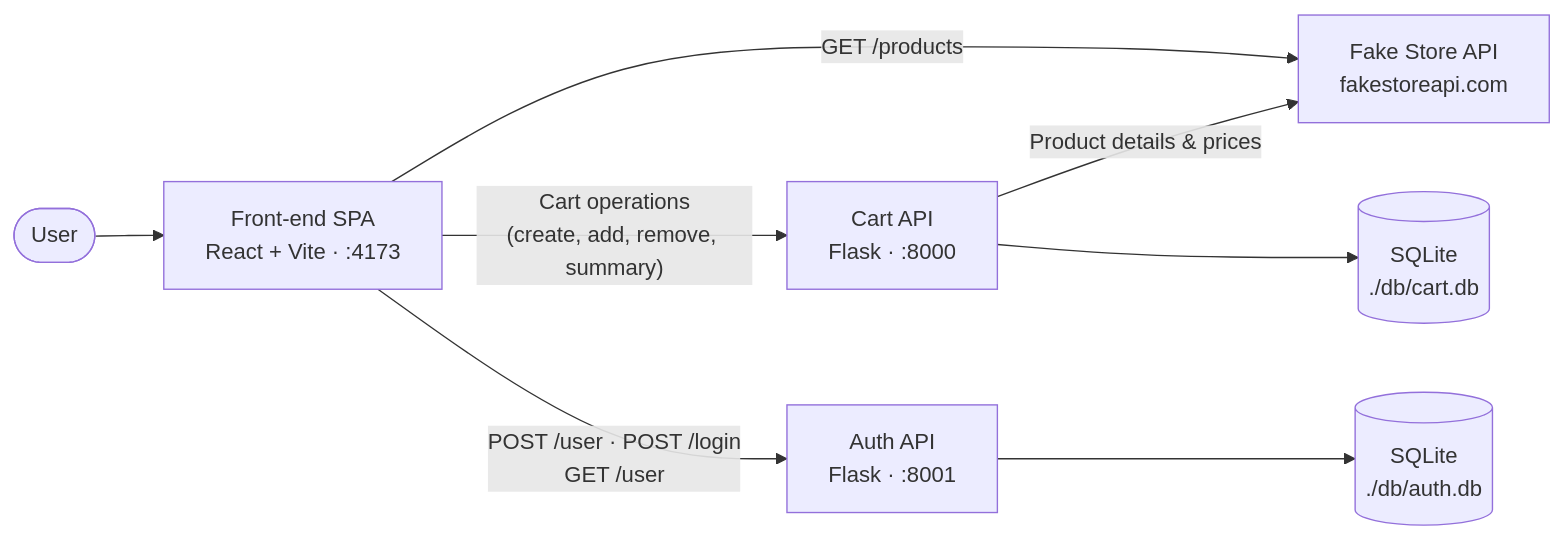
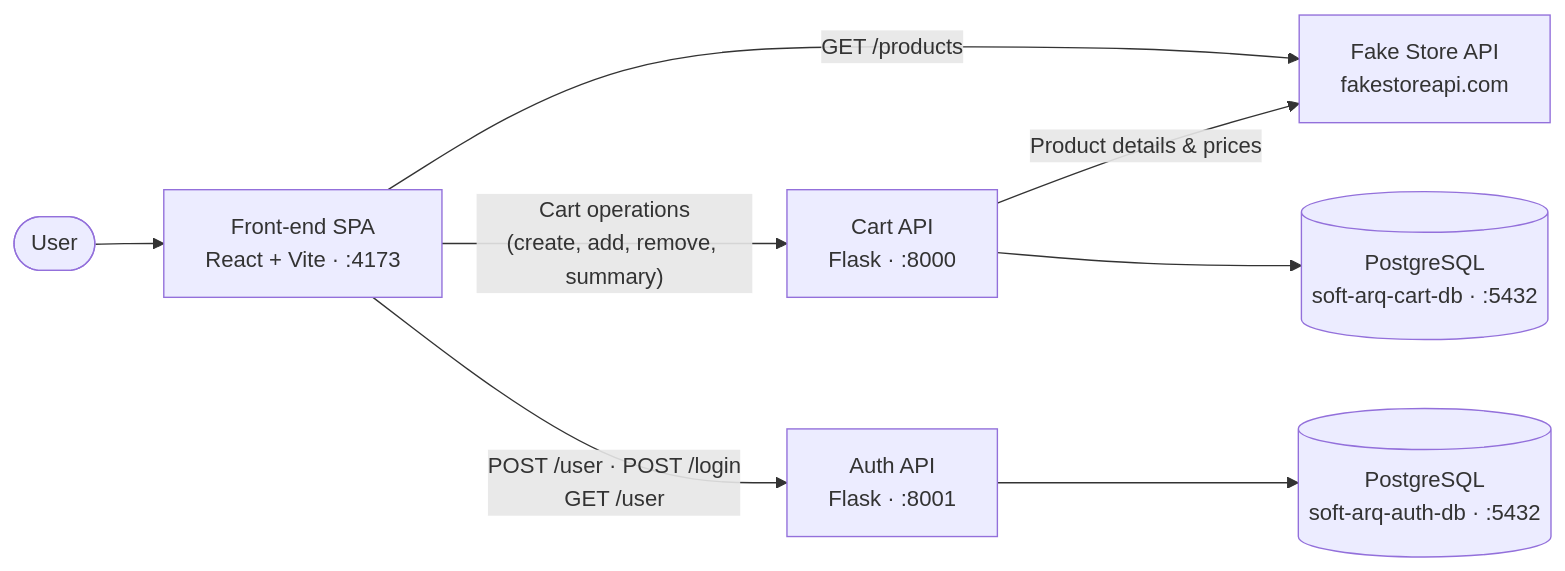
The diagram in readme.md (ommeirelles/puc-arq-soft-cart), drawn with Mermaid before and after one commit. The commit also changed other lines of this file and 5 other files, not shown here.

````diff
--- a/readme.md
+++ b/readme.md
@@ -31,10 +33,10 @@
 ```mermaid
 flowchart LR
     User([User]) --> FE["Front-end SPA<br/>React + Vite · :4173"]
     FE -->|"GET /products"| FSA["Fake Store API<br/>fakestoreapi.com"]
     FE -->|"Cart operations<br/>(create, add, remove, summary)"| CART["Cart API<br/>Flask · :8000"]
     FE -->|"POST /user · POST /login<br/>GET /user"| AUTH["Auth API<br/>Flask · :8001"]
     CART -->|"Product details & prices"| FSA
-    CART --> CARTDB[("SQLite<br/>./db/cart.db")]
-    AUTH --> AUTHDB[("SQLite<br/>./db/auth.db")]
+    CART --> CARTDB[("PostgreSQL<br/>soft-arq-cart-db · :5432")]
+    AUTH --> AUTHDB[("PostgreSQL<br/>soft-arq-auth-db · :5432")]
 ```
````
